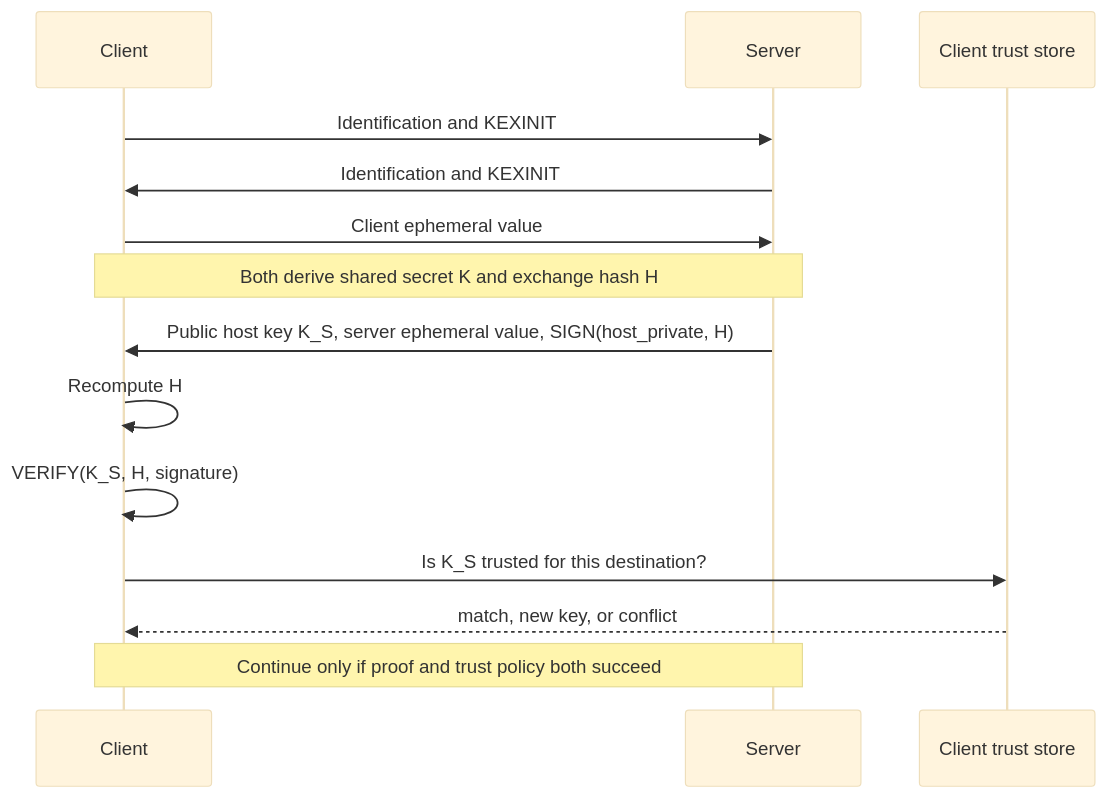
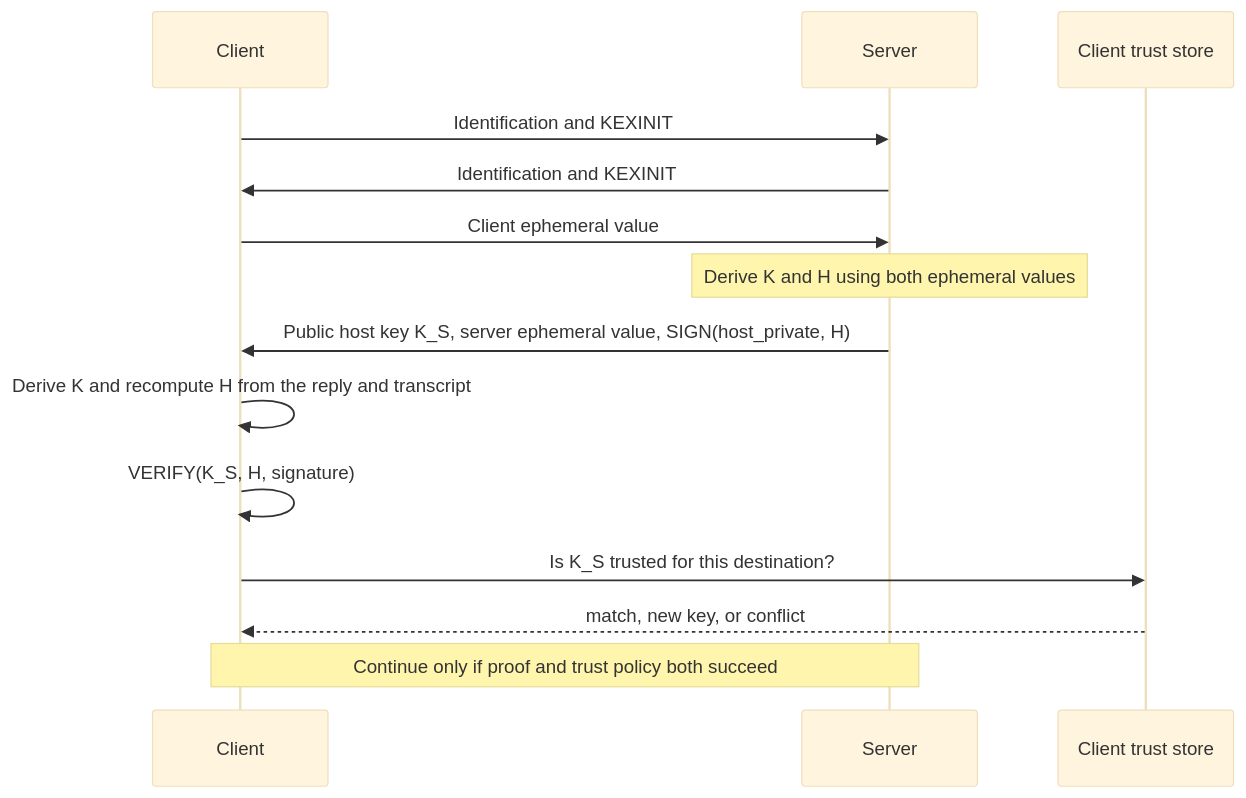
Before and after one commit to fornwall/ssh-protocol: the first of 4 diagrams in src/server-authentication.md, drawn with Mermaid (base theme). The commit also changed 16 other files, not shown here.

````diff
--- a/src/server-authentication.md
+++ b/src/server-authentication.md
@@ -28,17 +28,17 @@
 ```mermaid
 sequenceDiagram
     participant C as Client
     participant S as Server
     participant T as Client trust store
 
     C->>S: Identification and KEXINIT
     S->>C: Identification and KEXINIT
     C->>S: Client ephemeral value
-    Note over C,S: Both derive shared secret K and exchange hash H
+    Note over S: Derive K and H using both ephemeral values
     S->>C: Public host key K_S, server ephemeral value, SIGN(host_private, H)
-    C->>C: Recompute H
+    C->>C: Derive K and recompute H from the reply and transcript
     C->>C: VERIFY(K_S, H, signature)
     C->>T: Is K_S trusted for this destination?
     T-->>C: match, new key, or conflict
     Note over C,S: Continue only if proof and trust policy both succeed
 ```
````
